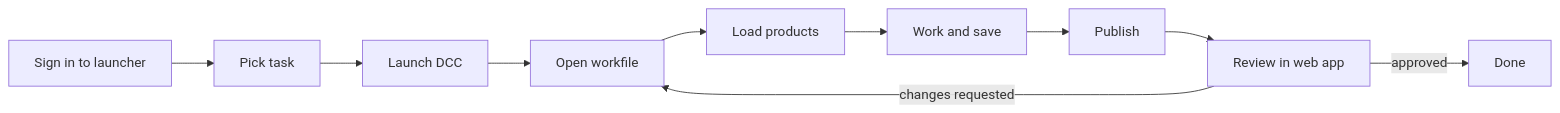
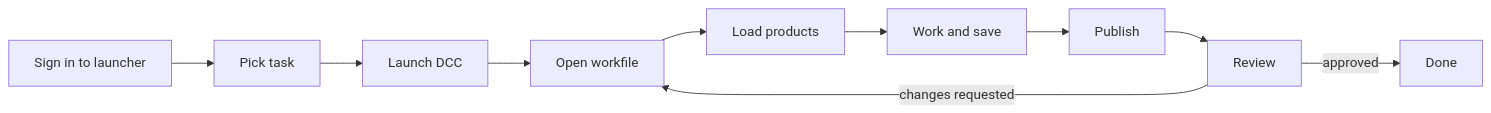
The diagram in website/docs/ayon/how-ayon-works/artist-workflow.md (ynput/ayon-documentation), drawn with Mermaid before and after one commit. The commit also changed other lines of this file and 7 other files, not shown here.

````diff
--- a/website/docs/ayon/how-ayon-works/artist-workflow.md
+++ b/website/docs/ayon/how-ayon-works/artist-workflow.md
@@ -20,12 +20,12 @@
 ```mermaid
 flowchart LR
   A[Sign in to launcher] --> B[Pick task]
   B --> C[Launch DCC]
   C --> D[Open workfile]
   D --> E[Load products]
   E --> F[Work and save]
   F --> G[Publish]
-  G --> H[Review in web app]
+  G --> H[Review]
   H -->|changes requested| D
   H -->|approved| I[Done]
 ```
````
